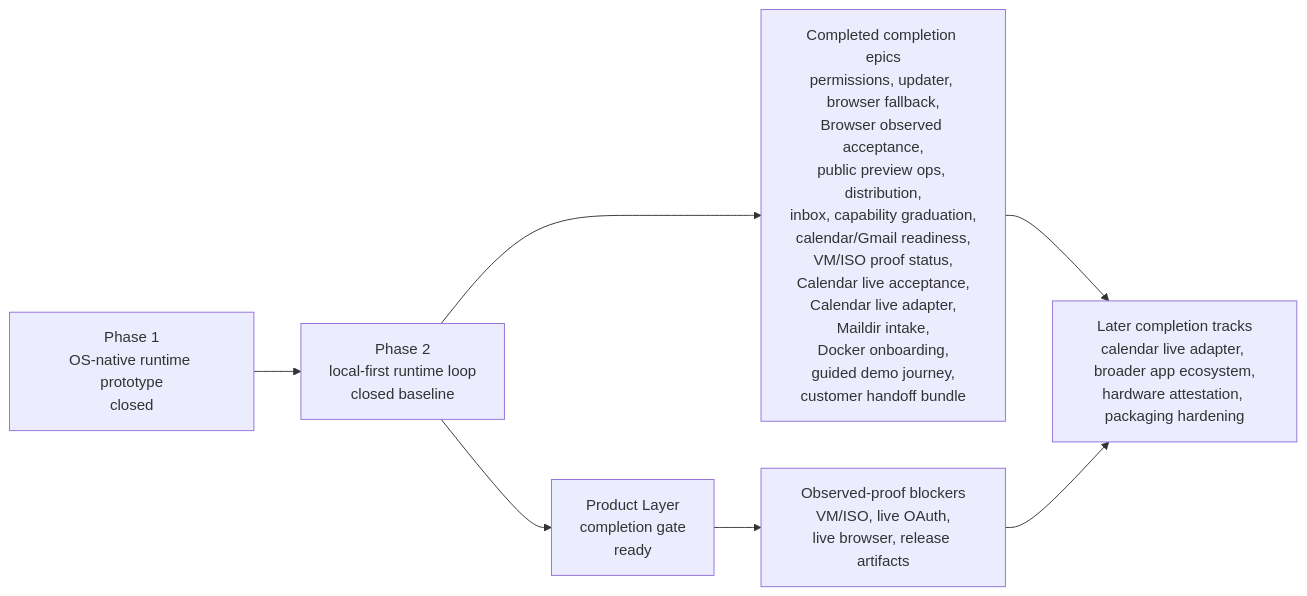
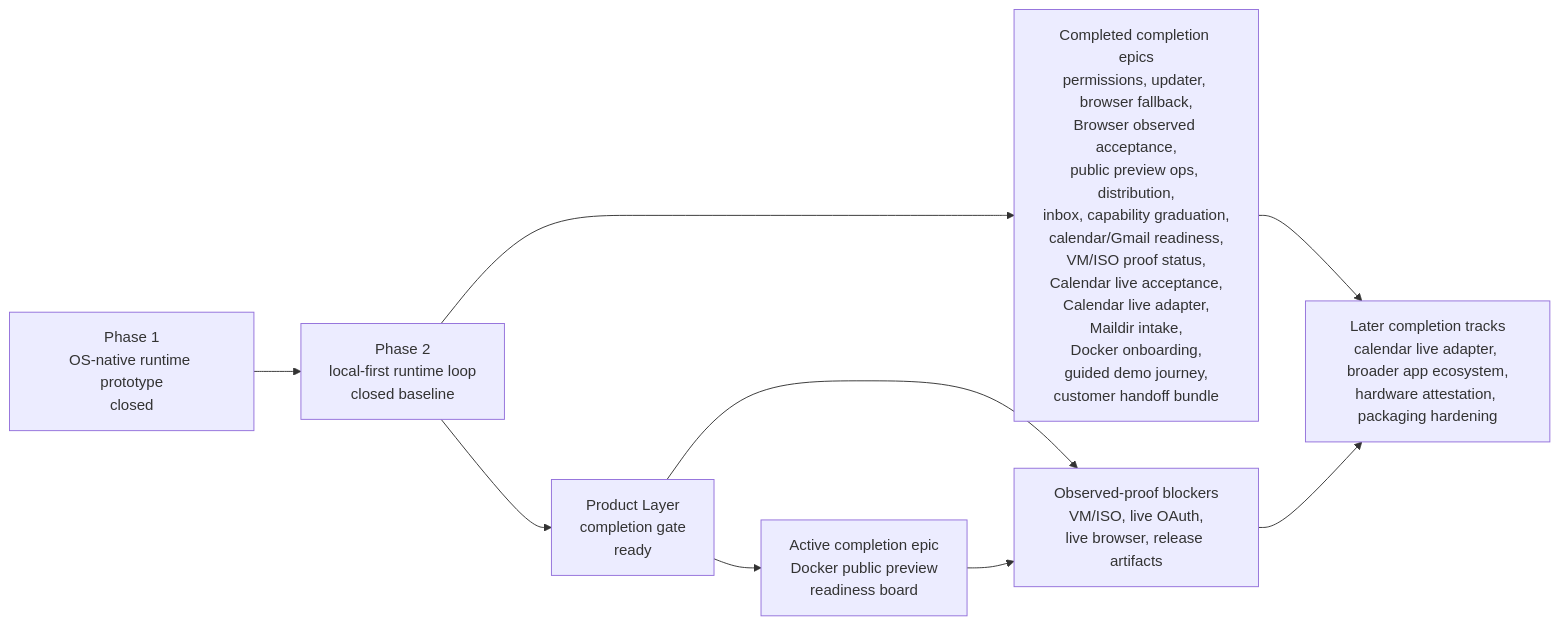
The diagram in README.md (Jongtae/agentos), drawn with Mermaid before and after one commit. The commit also changed other lines of this file and 11 other files, not shown here.

Commit message:
Add Docker preview readiness board

````diff
--- a/README.md
+++ b/README.md
@@ -179,15 +179,18 @@
 ```mermaid
 flowchart LR
   phase1["Phase 1\nOS-native runtime prototype\nclosed"]
   phase2["Phase 2\nlocal-first runtime loop\nclosed baseline"]
   ready["Product Layer\ncompletion gate\nready"]
+  active["Active completion epic\nDocker public preview\nreadiness board"]
   completed["Completed completion epics\npermissions, updater, browser fallback,\nBrowser observed acceptance,\npublic preview ops, distribution,\ninbox, capability graduation,\ncalendar/Gmail readiness,\nVM/ISO proof status,\nCalendar live acceptance,\nCalendar live adapter,\nMaildir intake,\nDocker onboarding,\nguided demo journey,\ncustomer handoff bundle"]
   blocked["Observed-proof blockers\nVM/ISO, live OAuth,\nlive browser, release artifacts"]
   future["Later completion tracks\ncalendar live adapter, broader app ecosystem,\nhardware attestation, packaging hardening"]
 
   phase1 --> phase2 --> ready
+  ready --> active
   phase2 --> completed
   ready --> blocked
+  active --> blocked
   completed --> future
   blocked --> future
 ```
````
